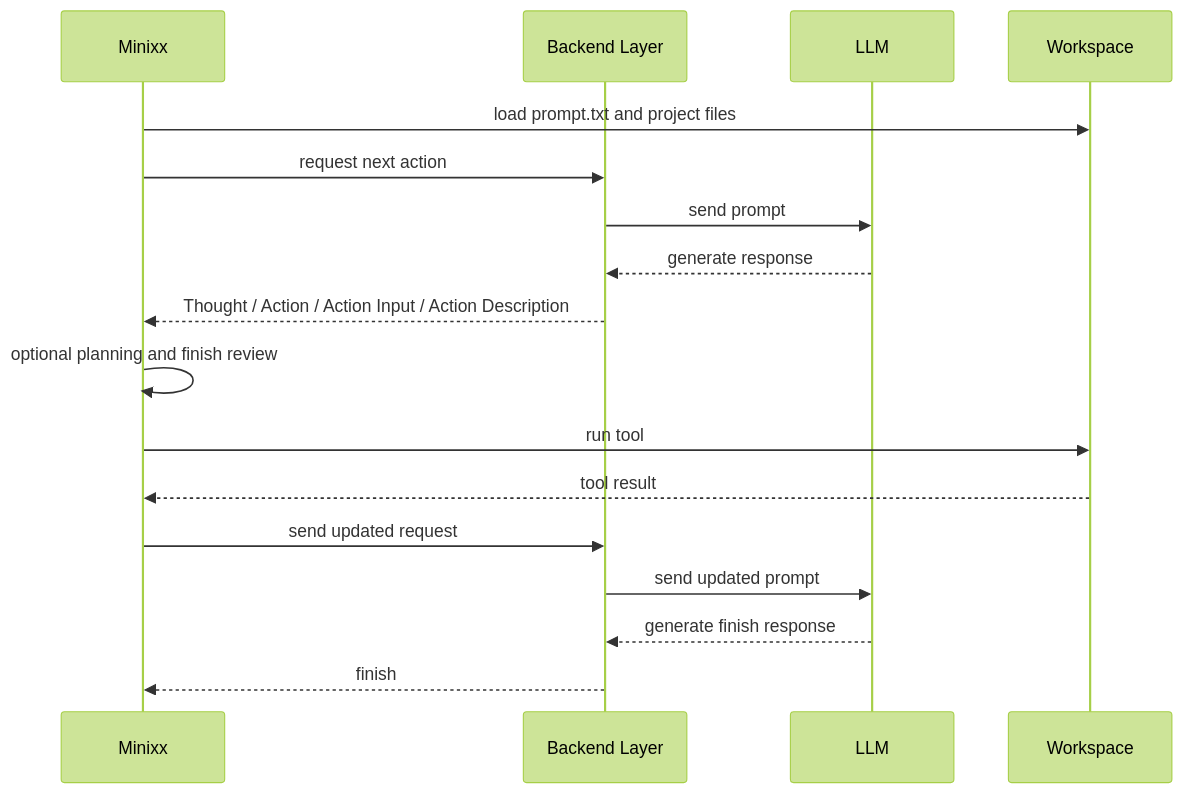
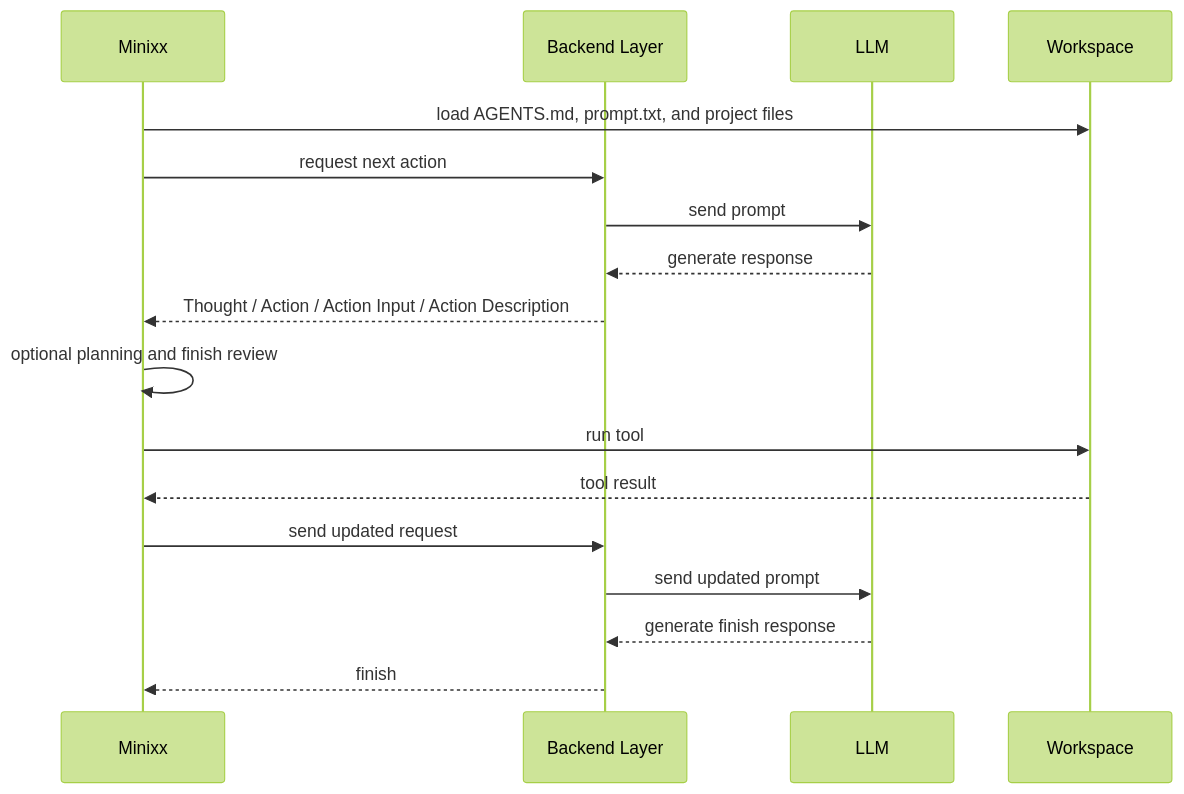
The second of 4 diagrams in README.md (mtov/minixx), drawn with Mermaid (forest theme) before and after one commit. The commit also changed other lines of this file and 7 other files, not shown here.

Commit message:
docs: clarify AGENTS.md workspace instructions in README

````diff
--- a/README.md
+++ b/README.md
@@ -89,20 +93,20 @@
 ```mermaid
 sequenceDiagram
     participant Minixx
     participant BackendLayer as Backend Layer
     participant LLM
     participant Workspace
 
-    Minixx->>Workspace: load prompt.txt and project files
+    Minixx->>Workspace: load AGENTS.md, prompt.txt, and project files
     Minixx->>BackendLayer: request next action
     BackendLayer->>LLM: send prompt
     LLM-->>BackendLayer: generate response
     BackendLayer-->>Minixx: Thought / Action / Action Input / Action Description
     Minixx->>Minixx: optional planning and finish review
     Minixx->>Workspace: run tool
     Workspace-->>Minixx: tool result
     Minixx->>BackendLayer: send updated request
     BackendLayer->>LLM: send updated prompt
     LLM-->>BackendLayer: generate finish response
     BackendLayer-->>Minixx: finish
 ```
````
